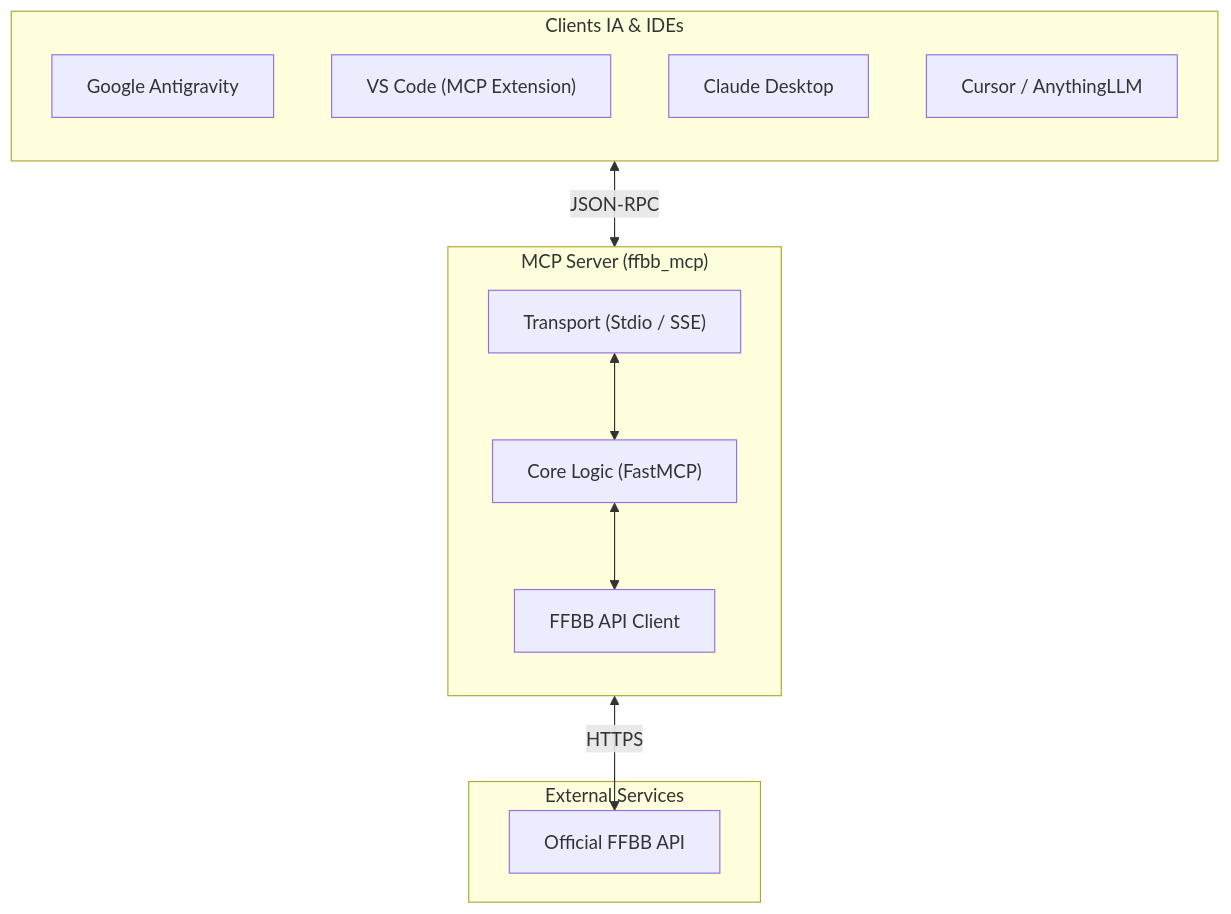
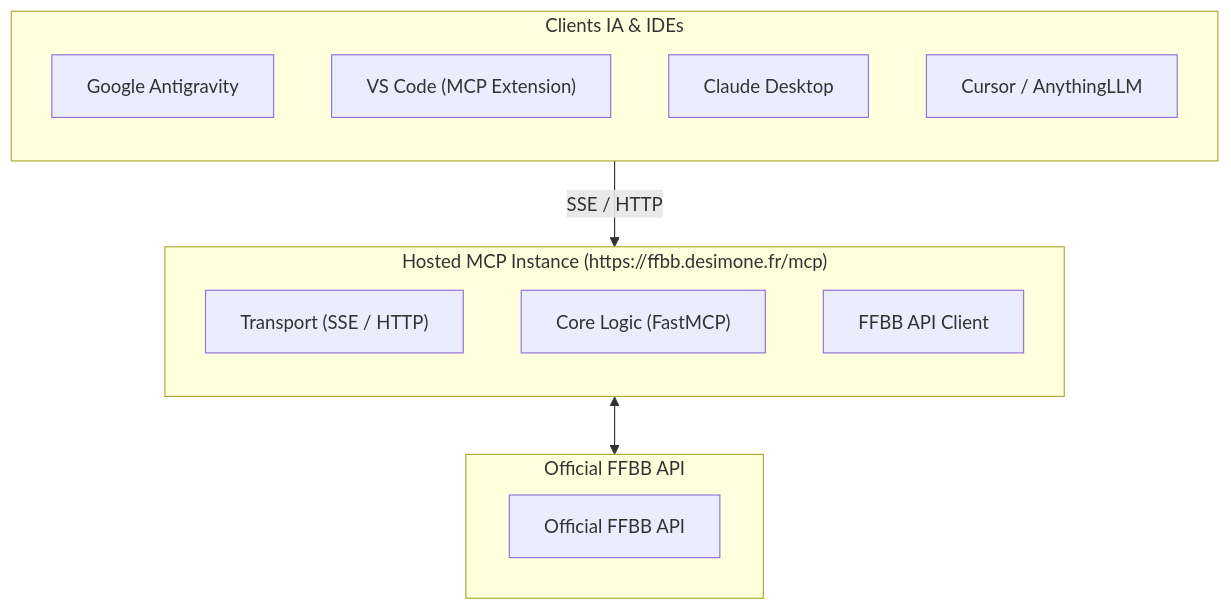
The diagram in README.md (nickdesi/FFBB-MCP-Server), drawn with Mermaid before and after one commit. The commit also changed other lines of this file, not shown here.

Commit message:
docs(readme): emphasize hosted instance and update architecture diagram

````diff
--- a/README.md
+++ b/README.md
@@ -30,26 +32,24 @@
 ```mermaid
 flowchart TD
-    subgraph Clients ["Clients IA & IDEs"]
-        direction TB
-        A1["Google Antigravity"]
-        A2["VS Code (MCP Extension)"]
-        A3["Claude Desktop"]
-        A4["Cursor / AnythingLLM"]
-    end
+  subgraph Clients ["Clients IA & IDEs"]
+    direction TB
+    A1["Google Antigravity"]
+    A2["VS Code (MCP Extension)"]
+    A3["Claude Desktop"]
+    A4["Cursor / AnythingLLM"]
+  end
 
-    subgraph Server ["MCP Server (ffbb_mcp)"]
-        direction TB
-        B["Transport (Stdio / SSE)"]
-        C["Core Logic (FastMCP)"]
-        D["FFBB API Client"]
-    end
+  subgraph Hosted ["Hosted MCP Instance (https://ffbb.desimone.fr/mcp)"]
+    direction TB
+    B["Transport (SSE / HTTP)"]
+    C["Core Logic (FastMCP)"]
+    D["FFBB API Client"]
+  end
 
-    subgraph Remote ["External Services"]
-        E["Official FFBB API"]
-    end
+  subgraph Remote ["Official FFBB API"]
+    E["Official FFBB API"]
+  end
 
-    Clients <-->|JSON-RPC| B
-    B <--> C
-    C <--> D
-    D <-->|HTTPS| E
+  Clients -->|SSE / HTTP| Hosted
+  Hosted <--> Remote
 ```
````
